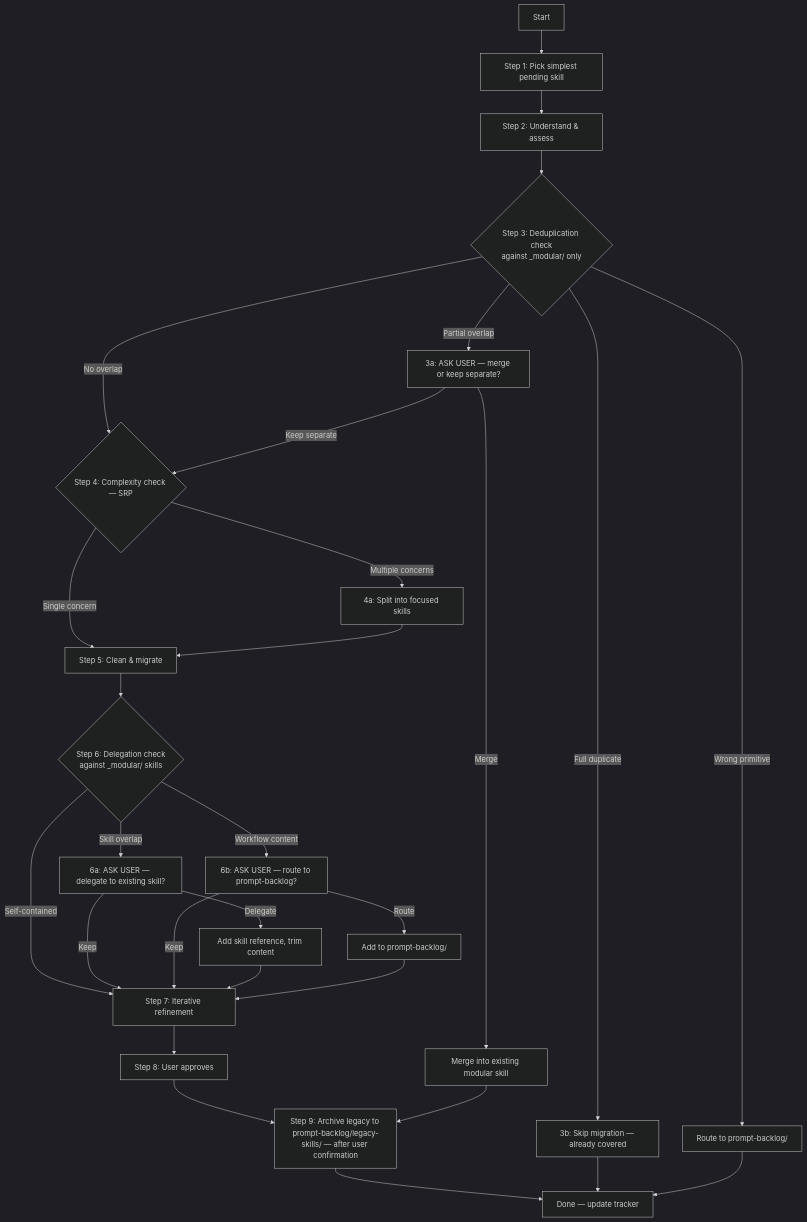
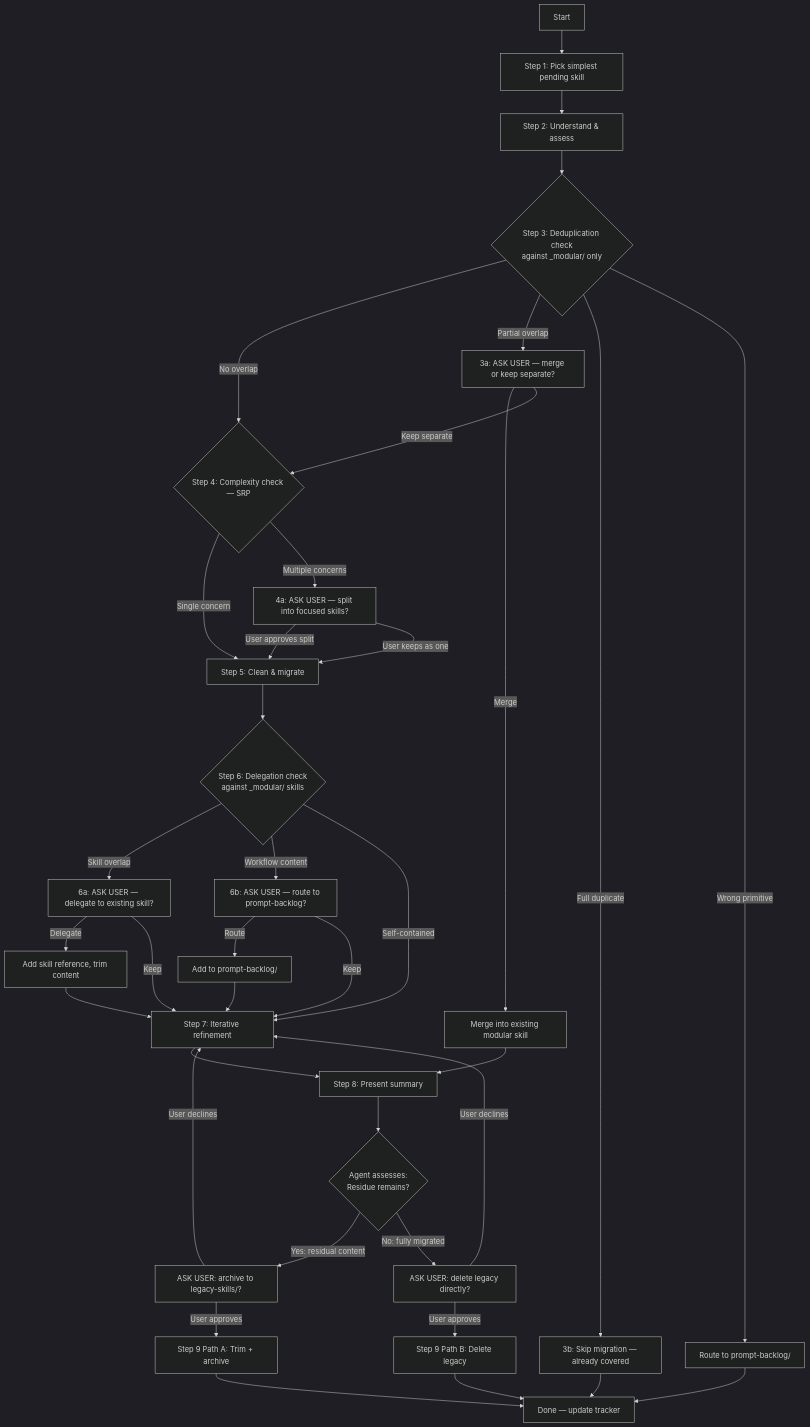
The diagram in .github/prompts/meta/migrate-skill.prompt.md (saharshpoddarorg/learning-assistant), drawn with Mermaid (dark theme) before and after one commit. The commit also changed other lines of this file, not shown here.

First line of the commit message:
refactor(migrate-skill): add Path B (delete-directly) for fully-migrated skills

````diff
--- a/.github/prompts/meta/migrate-skill.prompt.md
+++ b/.github/prompts/meta/migrate-skill.prompt.md
@@ -40,31 +40,39 @@
 ```mermaid
 flowchart TD
     A[Start] --> B[Step 1: Pick simplest pending skill]
     B --> C[Step 2: Understand & assess]
     C --> D{Step 3: Deduplication check<br/>against _modular/ only}
     D -->|No overlap| E{Step 4: Complexity check — SRP}
     D -->|Partial overlap| F[3a: ASK USER — merge or keep separate?]
     D -->|Full duplicate| G[3b: Skip migration — already covered]
     D -->|Wrong primitive| W[Route to prompt-backlog/]
     F -->|Merge| H[Merge into existing modular skill]
     F -->|Keep separate| E
     E -->|Single concern| I[Step 5: Clean & migrate]
-    E -->|Multiple concerns| J[4a: Split into focused skills]
-    J --> I
+    E -->|Multiple concerns| J[4a: ASK USER — split into focused skills?]
+    J -->|User approves split| I
+    J -->|User keeps as one| I
     I --> K{Step 6: Delegation check<br/>against _modular/ skills}
     K -->|Skill overlap| L[6a: ASK USER — delegate to existing skill?]
     K -->|Workflow content| X[6b: ASK USER — route to prompt-backlog?]
     K -->|Self-contained| M[Step 7: Iterative refinement]
     L -->|Delegate| N[Add skill reference, trim content]
     L -->|Keep| M
     X -->|Route| Y[Add to prompt-backlog/]
     X -->|Keep| M
     N --> M
     Y --> M
-    M --> O[Step 8: User approves]
-    O --> P[Step 9: Archive legacy to prompt-backlog/legacy-skills/ — after user confirmation]
+    M --> O[Step 8: Present summary]
+    H --> O
+    O --> R{Agent assesses:<br/>Residue remains?}
+    R -->|Yes: residual content| S[ASK USER: archive to legacy-skills/?]
+    R -->|No: fully migrated| T[ASK USER: delete legacy directly?]
+    S -->|User approves| P[Step 9 Path A: Trim + archive]
+    S -->|User declines| M
+    T -->|User approves| P2[Step 9 Path B: Delete legacy]
+    T -->|User declines| M
     P --> Q[Done — update tracker]
+    P2 --> Q
     G --> Q
     W --> Q
-    H --> P
 ```
````
